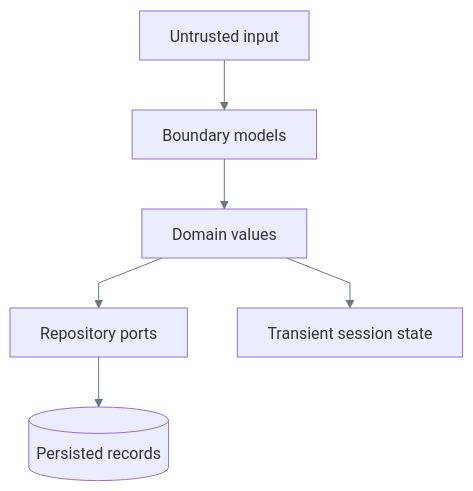
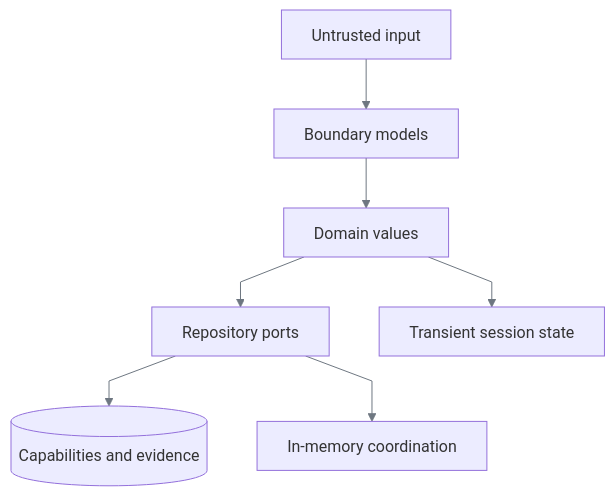
One commit to SivaTSS/replay-forge changed the first of 7 diagrams in docs/data-models.md. Above: the diagram before and after it, drawn with Mermaid. The commit also changed other lines of this file and 15 other files, not shown here.

Commit message:
docs: unify reference structure and validate diagram consistency

````diff
--- a/docs/data-models.md
+++ b/docs/data-models.md
@@ -10,9 +12,10 @@
 ```mermaid
 %%{init: {"htmlLabels":false,"themeVariables":{"lineColor":"#6E7781","signalColor":"#6E7781"},"flowchart":{"curve":"linear"},"sequence":{"wrap":true}}}%%
 flowchart TB
     U[Untrusted input] --> B[Boundary models]
     B --> D[Domain values]
     D --> R[Repository ports]
-    R --> P[(Persisted records)]
+    R --> P[(Capabilities and evidence)]
+    R --> M[In-memory coordination]
     D --> T[Transient session state]
 ```
````
